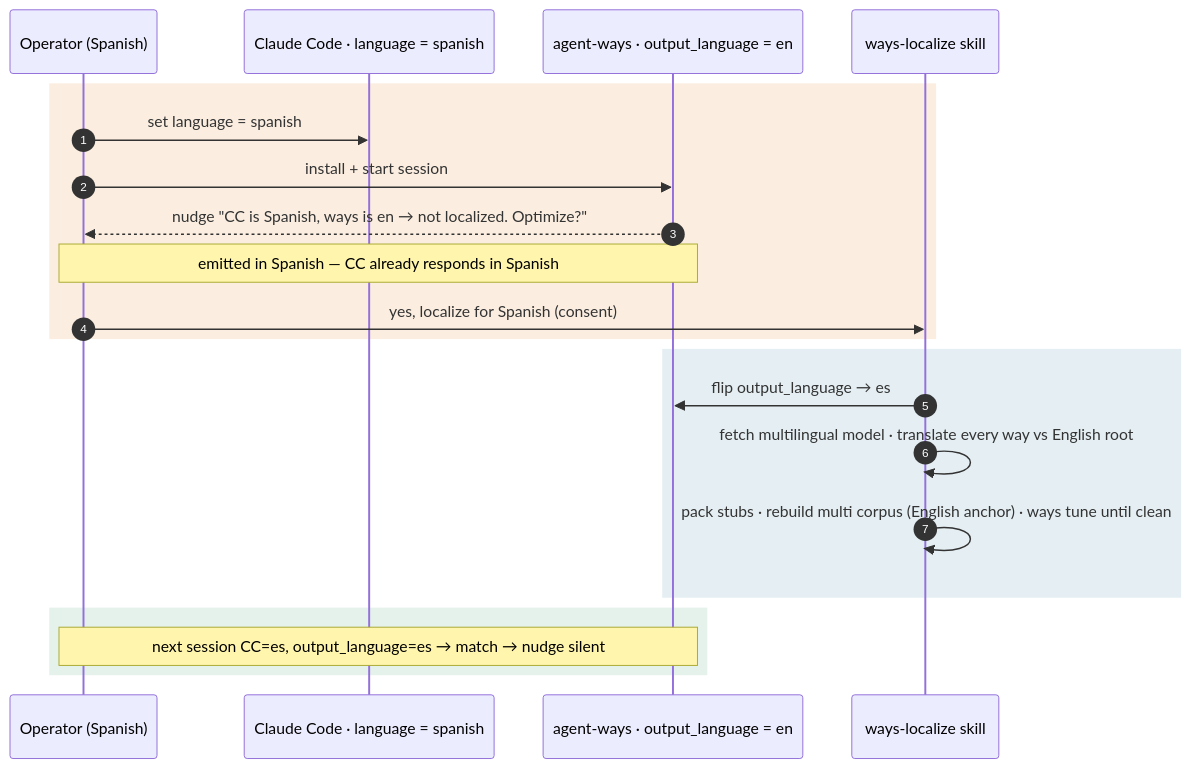
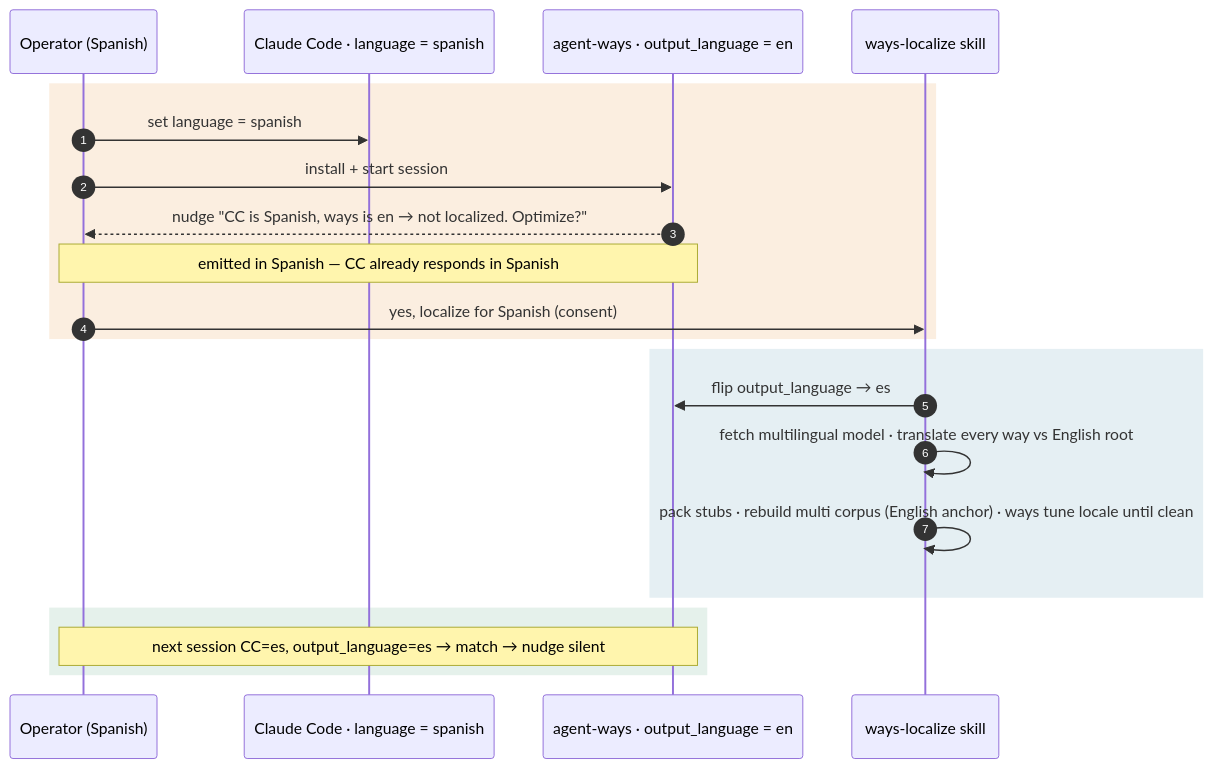
Before and after one commit to aaronsb/agent-ways: the diagram in docs/explanation/localization/scenario-the-language-switch.md, drawn with Mermaid. The commit also changed other lines of this file and 149 other files, not shown here.

````diff
--- a/docs/explanation/localization/scenario-the-language-switch.md
+++ b/docs/explanation/localization/scenario-the-language-switch.md
@@ -21,23 +21,23 @@
 ```mermaid
 sequenceDiagram
     autonumber
     participant Op as Operator (Spanish)
     participant CC as Claude Code · language = spanish
     participant W as agent-ways · output_language = en
     participant L as ways-localize skill
     rect rgba(217,119,6,0.12)
     Op->>CC: set language = spanish
     Op->>W: install + start session
     W-->>Op: nudge "CC is Spanish, ways is en → not localized. Optimize?"
     Note over W,Op: emitted in Spanish — CC already responds in Spanish
     Op->>L: yes, localize for Spanish (consent)
     end
     rect rgba(45,125,154,0.12)
     L->>W: flip output_language → es
     L->>L: fetch multilingual model · translate every way vs English root
-    L->>L: pack stubs · rebuild multi corpus (English anchor) · ways tune until clean
+    L->>L: pack stubs · rebuild multi corpus (English anchor) · ways tune locale until clean
     end
     rect rgba(45,142,94,0.12)
     Note over Op,W: next session CC=es, output_language=es → match → nudge silent
     end
 ```
````
